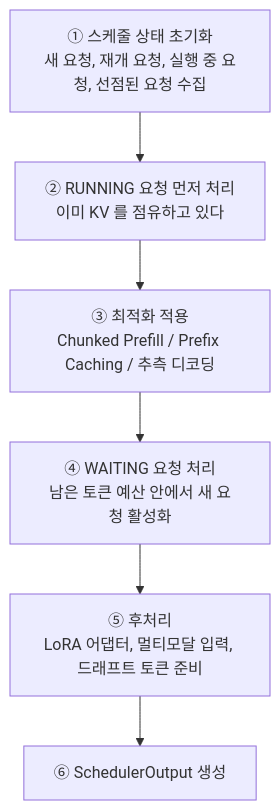
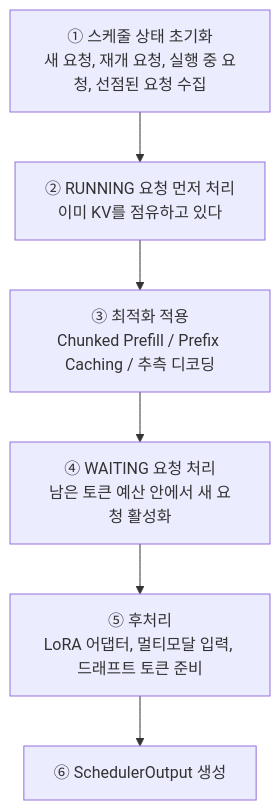
Before and after one commit to ddiiwoong/newblog: diagram 12 of 15 in blog/2026-08-23-llm-advanced-optimization.md, drawn with Mermaid. The commit also changed other lines of this file and 17 other files, not shown here.

````diff
--- a/blog/2026-08-23-llm-advanced-optimization.md
+++ b/blog/2026-08-23-llm-advanced-optimization.md
@@ -1054,10 +1054,10 @@
 ```mermaid
 graph TD
     I["① 스케줄 상태 초기화<br/>새 요청, 재개 요청, 실행 중 요청, 선점된 요청 수집"]
-    R["② RUNNING 요청 먼저 처리<br/>이미 KV 를 점유하고 있다"]
+    R["② RUNNING 요청 먼저 처리<br/>이미 KV를 점유하고 있다"]
     O["③ 최적화 적용<br/>Chunked Prefill / Prefix Caching / 추측 디코딩"]
     W["④ WAITING 요청 처리<br/>남은 토큰 예산 안에서 새 요청 활성화"]
     P["⑤ 후처리<br/>LoRA 어댑터, 멀티모달 입력, 드래프트 토큰 준비"]
     S["⑥ SchedulerOutput 생성"]
     I --> R --> O --> W --> P --> S
 ```
````
